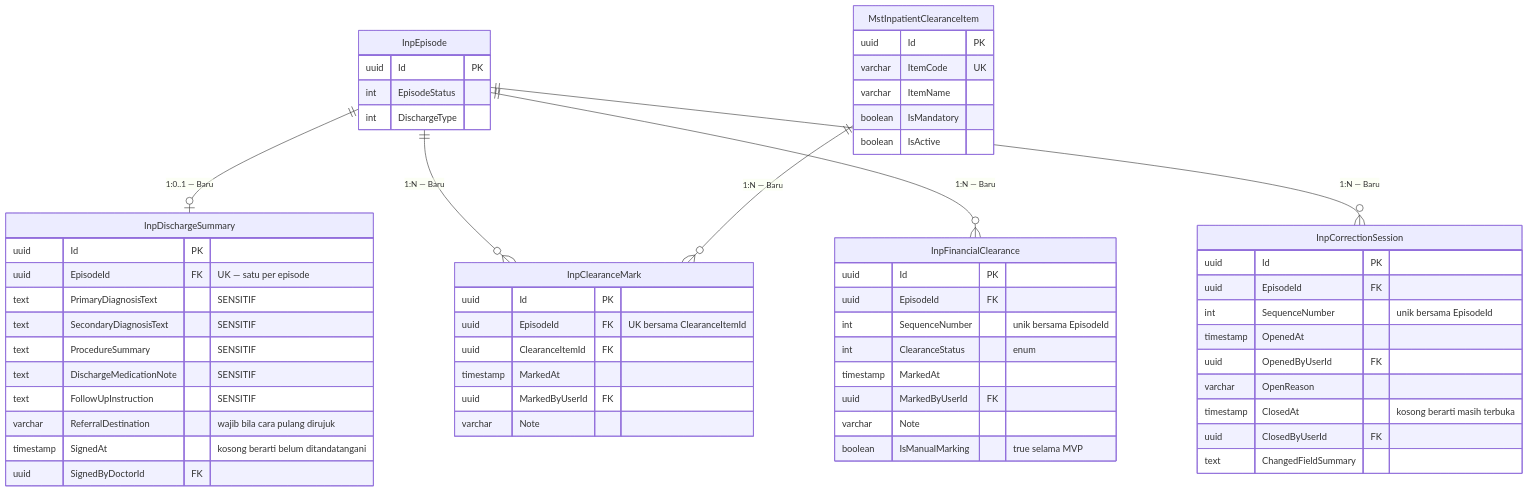
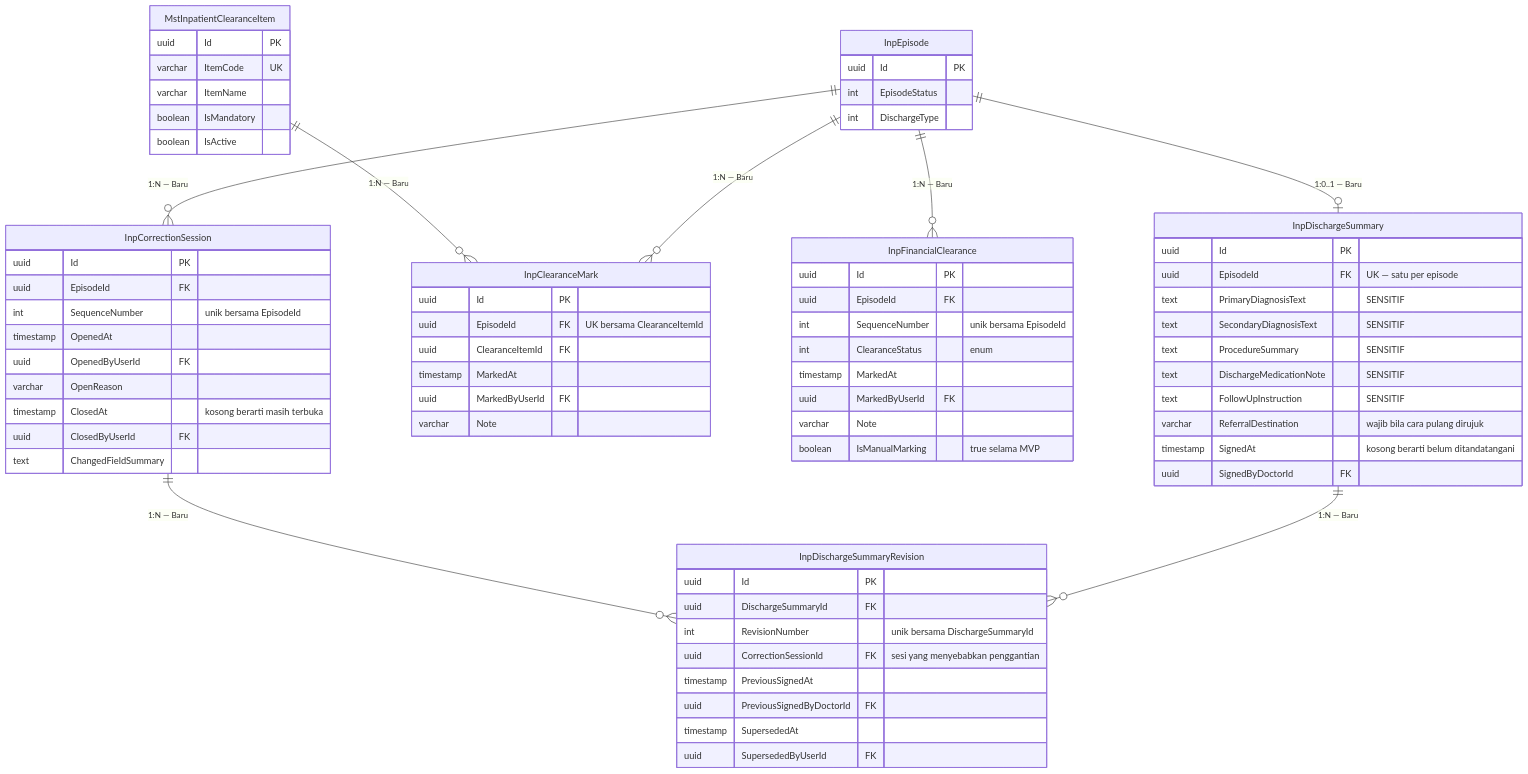
One commit to DevBenari/NewQuilvianSystemBackend changed the third of 3 diagrams in docs/module-blueprints/rawat-inap/erd/01-inpatient-episode.md. Above: the diagram before and after it, drawn with Mermaid. The commit also changed other lines of this file and 12 other files, not shown here.

````diff
--- a/docs/module-blueprints/rawat-inap/erd/01-inpatient-episode.md
+++ b/docs/module-blueprints/rawat-inap/erd/01-inpatient-episode.md
@@ -142,61 +152,73 @@
 ```mermaid
 erDiagram
     InpEpisode {
         uuid Id PK
         int EpisodeStatus
         int DischargeType
     }
     InpDischargeSummary {
         uuid Id PK
         uuid EpisodeId FK "UK — satu per episode"
         text PrimaryDiagnosisText "SENSITIF"
         text SecondaryDiagnosisText "SENSITIF"
         text ProcedureSummary "SENSITIF"
         text DischargeMedicationNote "SENSITIF"
         text FollowUpInstruction "SENSITIF"
         varchar ReferralDestination "wajib bila cara pulang dirujuk"
         timestamp SignedAt "kosong berarti belum ditandatangani"
         uuid SignedByDoctorId FK
     }
     InpClearanceMark {
         uuid Id PK
         uuid EpisodeId FK "UK bersama ClearanceItemId"
         uuid ClearanceItemId FK
         timestamp MarkedAt
         uuid MarkedByUserId FK
         varchar Note
     }
     InpFinancialClearance {
         uuid Id PK
         uuid EpisodeId FK
         int SequenceNumber "unik bersama EpisodeId"
         int ClearanceStatus "enum"
         timestamp MarkedAt
         uuid MarkedByUserId FK
         varchar Note
         boolean IsManualMarking "true selama MVP"
     }
     InpCorrectionSession {
         uuid Id PK
         uuid EpisodeId FK
         int SequenceNumber "unik bersama EpisodeId"
         timestamp OpenedAt
         uuid OpenedByUserId FK
         varchar OpenReason
         timestamp ClosedAt "kosong berarti masih terbuka"
         uuid ClosedByUserId FK
         text ChangedFieldSummary
     }
     MstInpatientClearanceItem {
         uuid Id PK
         varchar ItemCode UK
         varchar ItemName
         boolean IsMandatory
         boolean IsActive
     }
+    InpDischargeSummaryRevision {
+        uuid Id PK
+        uuid DischargeSummaryId FK
+        int RevisionNumber "unik bersama DischargeSummaryId"
+        uuid CorrectionSessionId FK "sesi yang menyebabkan penggantian"
+        timestamp PreviousSignedAt
+        uuid PreviousSignedByDoctorId FK
+        timestamp SupersededAt
+        uuid SupersededByUserId FK
+    }
+    InpDischargeSummary ||--o{ InpDischargeSummaryRevision : "1:N — Baru"
+    InpCorrectionSession ||--o{ InpDischargeSummaryRevision : "1:N — Baru"
     InpEpisode ||--o| InpDischargeSummary : "1:0..1 — Baru"
     InpEpisode ||--o{ InpClearanceMark : "1:N — Baru"
     InpEpisode ||--o{ InpFinancialClearance : "1:N — Baru"
     InpEpisode ||--o{ InpCorrectionSession : "1:N — Baru"
     MstInpatientClearanceItem ||--o{ InpClearanceMark : "1:N — Baru"
 ```
````
